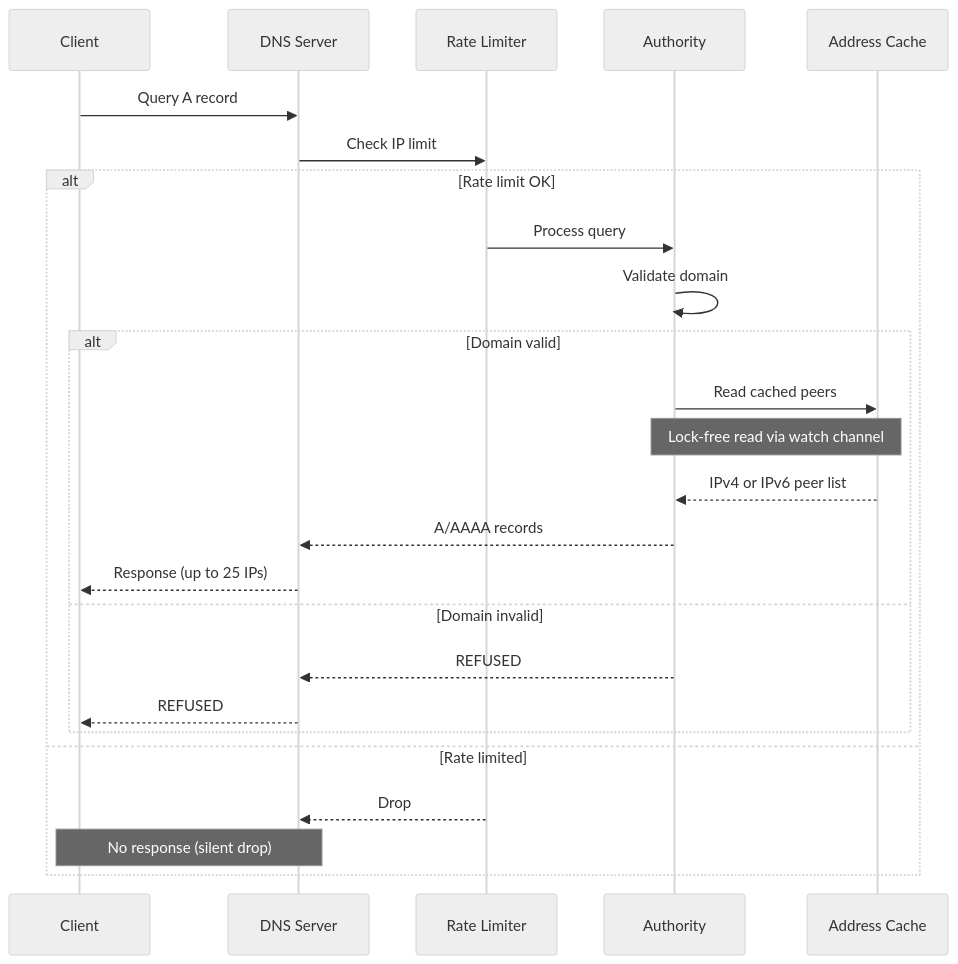
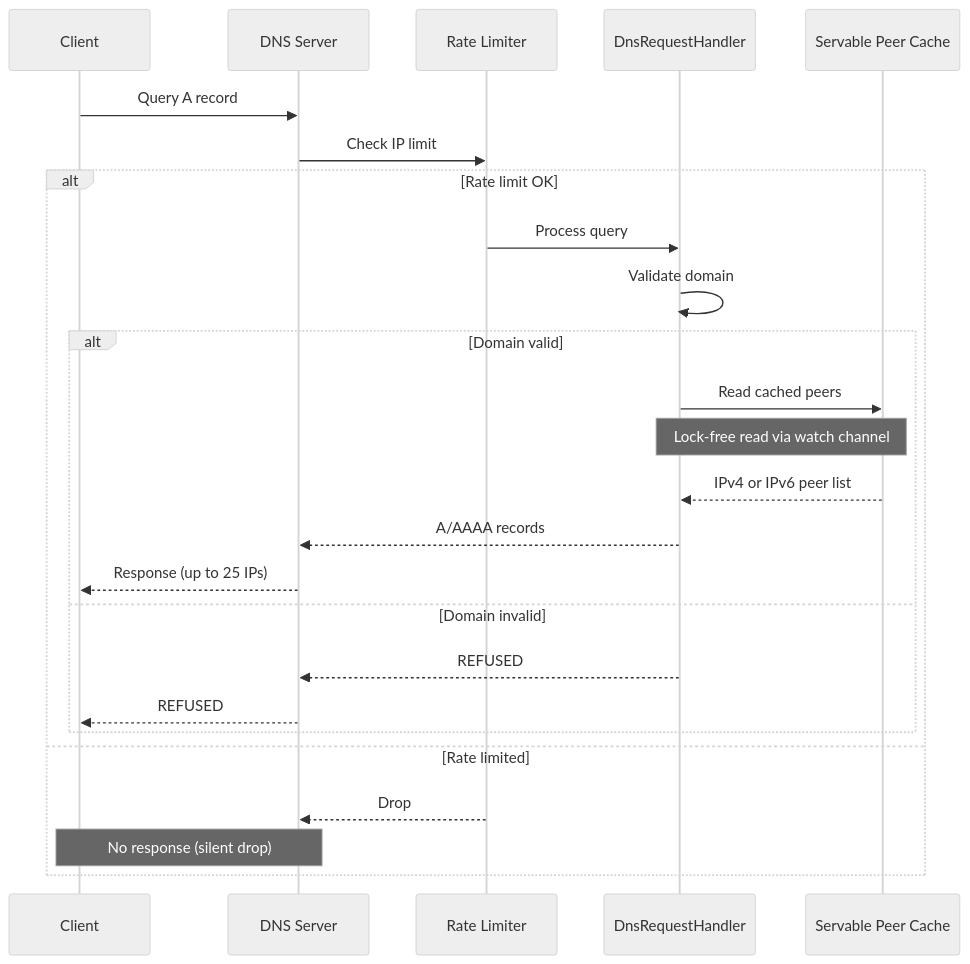
Before and after one commit to ZcashFoundation/zeeder: the second of 4 diagrams in docs/architecture.md, drawn with Mermaid (neutral theme). The commit also changed other lines of this file and 21 other files, not shown here.

````diff
--- a/docs/architecture.md
+++ b/docs/architecture.md
@@ -45,22 +44,22 @@
 ```mermaid
 sequenceDiagram
     Client->>DNS Server: Query A record
     DNS Server->>Rate Limiter: Check IP limit
     alt Rate limit OK
-        Rate Limiter->>Authority: Process query
-        Authority->>Authority: Validate domain
+        Rate Limiter->>DnsRequestHandler: Process query
+        DnsRequestHandler->>DnsRequestHandler: Validate domain
         alt Domain valid
-            Authority->>Address Cache: Read cached peers
-            Note over Authority,Address Cache: Lock-free read via watch channel
-            Address Cache-->>Authority: IPv4 or IPv6 peer list
-            Authority-->>DNS Server: A/AAAA records
+            DnsRequestHandler->>Servable Peer Cache: Read cached peers
+            Note over DnsRequestHandler,Servable Peer Cache: Lock-free read via watch channel
+            Servable Peer Cache-->>DnsRequestHandler: IPv4 or IPv6 peer list
+            DnsRequestHandler-->>DNS Server: A/AAAA records
             DNS Server-->>Client: Response (up to 25 IPs)
         else Domain invalid
-            Authority-->>DNS Server: REFUSED
+            DnsRequestHandler-->>DNS Server: REFUSED
             DNS Server-->>Client: REFUSED
         end
     else Rate limited
         Rate Limiter-->>DNS Server: Drop
         Note over Client,DNS Server: No response (silent drop)
     end
 ```
````
